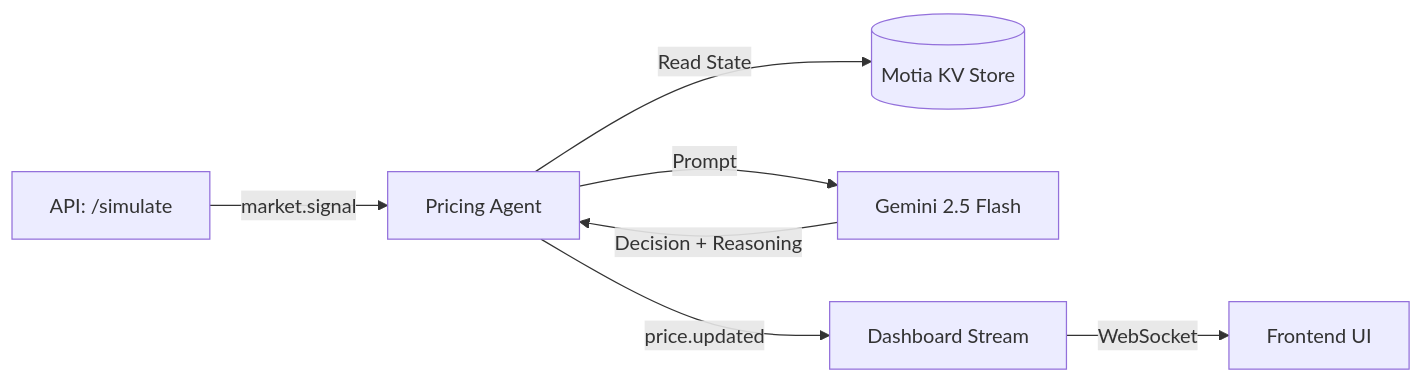
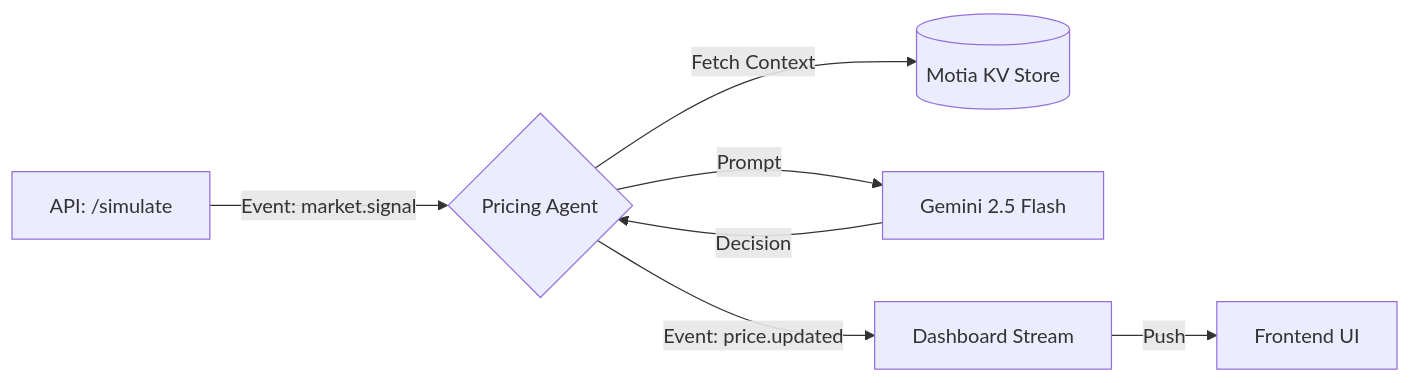
The diagram in README.md (abhasgawali/SurgePricingEngine), drawn with Mermaid before and after one commit. The commit also changed other lines of this file, not shown here.

````diff
--- a/README.md
+++ b/README.md
@@ -24,9 +19,9 @@
 ```mermaid
 graph LR
-    Input[API: /simulate] -->|market.signal| Agent[Pricing Agent]
-    Agent -->|Read State| State[(Motia KV Store)]
+    Input[API: /simulate] -->|Event: market.signal| Agent{Pricing Agent}
+    Agent -->|Fetch Context| State[(Motia KV Store)]
     Agent -->|Prompt| AI[Gemini 2.5 Flash]
-    AI -->|Decision + Reasoning| Agent
-    Agent -->|price.updated| Stream[Dashboard Stream]
-    Stream -->|WebSocket| Client[Frontend UI]
+    AI -->|Decision| Agent
+    Agent -->|Event: price.updated| Stream[Dashboard Stream]
+    Stream -->|Push| Client[Frontend UI]
 ```
````
